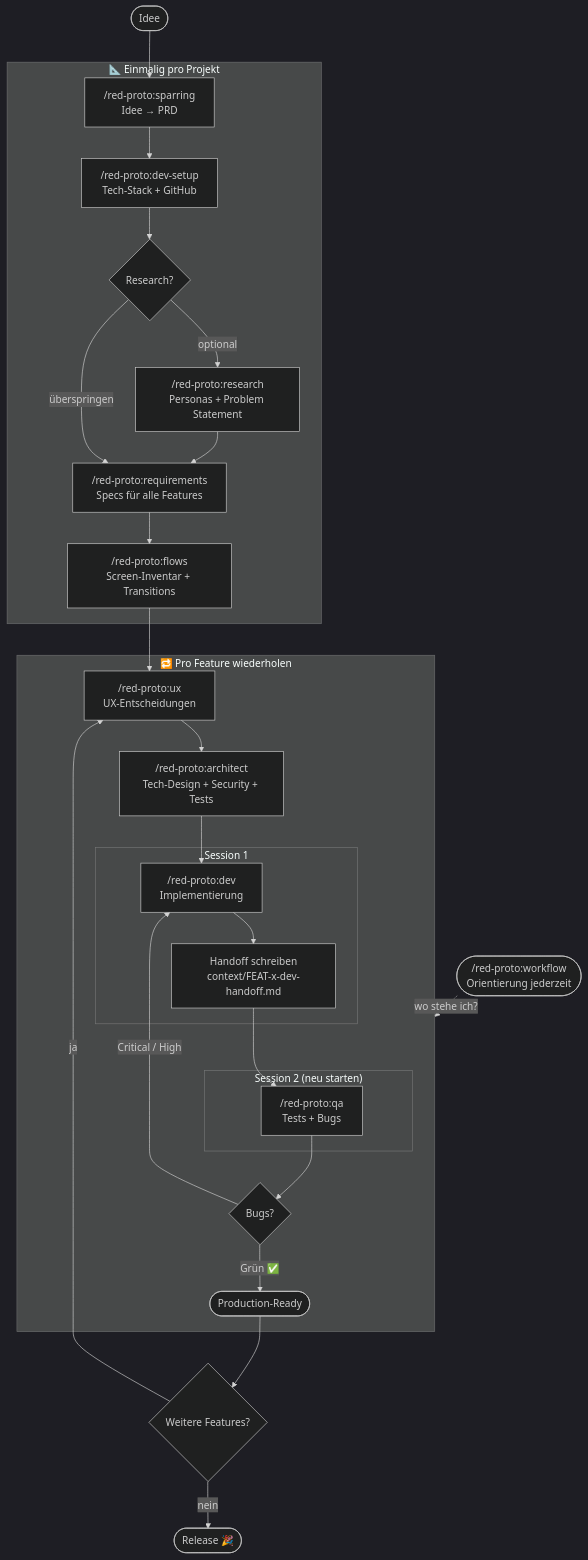
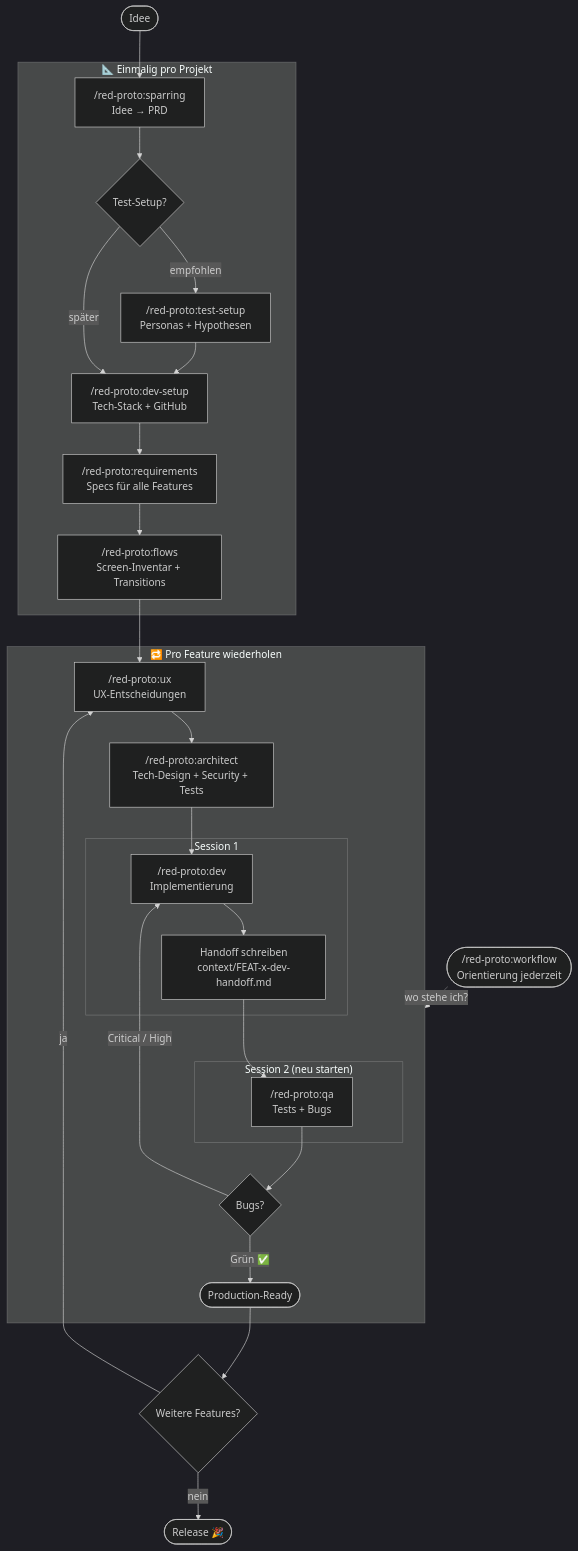
One commit to eltuctuc/red-create-prototyp-project changed the diagram in README.md. Above: the diagram before and after it, drawn with Mermaid (dark theme). The commit also changed other lines of this file and 17 other files, not shown here.

First line of the commit message:
feat: /red-proto:research → /red-proto:test-setup (v0.18.0)

````diff
--- a/README.md
+++ b/README.md
@@ -34,39 +34,39 @@
 ```mermaid
 flowchart TD
     A([Idee]) --> B
 
     subgraph setup["📐 Einmalig pro Projekt"]
         B["/red-proto:sparring\nIdee → PRD"]
-        B --> C["/red-proto:dev-setup\nTech-Stack + GitHub"]
-        C --> D{Research?}
-        D -->|optional| E["/red-proto:research\nPersonas + Problem Statement"]
-        D -->|überspringen| F
-        E --> F["/red-proto:requirements\nSpecs für alle Features"]
+        B --> T{Test-Setup?}
+        T -->|empfohlen| TS["/red-proto:test-setup\nPersonas + Hypothesen"]
+        T -->|später| C
+        TS --> C["/red-proto:dev-setup\nTech-Stack + GitHub"]
+        C --> F["/red-proto:requirements\nSpecs für alle Features"]
         F --> G["/red-proto:flows\nScreen-Inventar + Transitions"]
     end
 
     subgraph feature["🔁 Pro Feature wiederholen"]
         G --> H["/red-proto:ux\nUX-Entscheidungen"]
         H --> I["/red-proto:architect\nTech-Design + Security + Tests"]
         I --> J
 
         subgraph session1["Session 1"]
             J["/red-proto:dev\nImplementierung"]
             J --> J2["Handoff schreiben\ncontext/FEAT-x-dev-handoff.md"]
         end
 
         subgraph session2["Session 2 (neu starten)"]
             J2 --> K["/red-proto:qa\nTests + Bugs"]
         end
 
         K --> L{Bugs?}
         L -->|Critical / High| J
         L -->|Grün ✅| M([Production-Ready])
     end
 
     M --> N{Weitere Features?}
     N -->|ja| H
     N -->|nein| O([Release 🎉])
 
     P(["/red-proto:workflow\nOrientierung jederzeit"]) -.->|wo stehe ich?| feature
 ```
````
